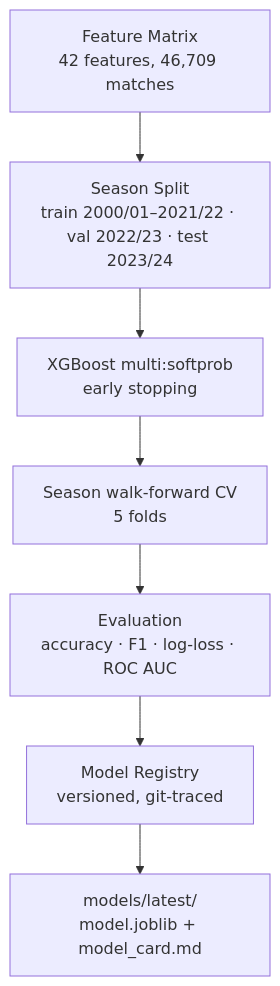
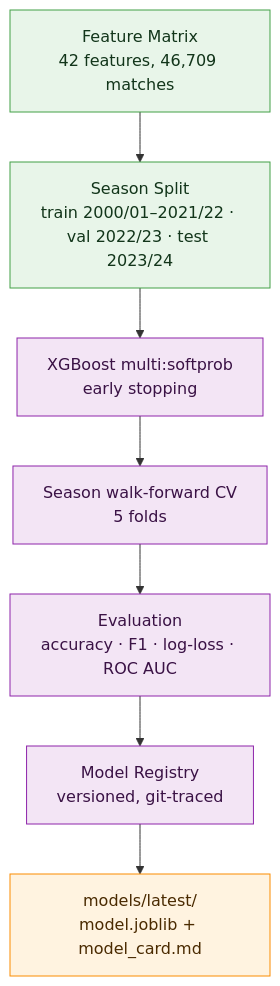
Before and after one commit to SumukhaK/football-intelligence-platform: the third of 6 diagrams in README.md, drawn with Mermaid. The commit also changed other lines of this file and 31 other files, not shown here.

First line of the commit message:
docs(docs): bring every readme up to date and colour the diagrams

````diff
--- a/README.md
+++ b/README.md
@@ -144,9 +163,16 @@
 ```mermaid
 flowchart TD
     A[Feature Matrix\n42 features, 46,709 matches] --> B[Season Split\ntrain 2000/01–2021/22 · val 2022/23 · test 2023/24]
     B --> C[XGBoost multi:softprob\nearly stopping]
     C --> D[Season walk-forward CV\n5 folds]
     D --> E[Evaluation\naccuracy · F1 · log-loss · ROC AUC]
     E --> F[Model Registry\nversioned, git-traced]
     F --> G[models/latest/\nmodel.joblib + model_card.md]
+
+    classDef data fill:#E8F5E9,stroke:#43A047,color:#12351A
+    classDef model fill:#F3E5F5,stroke:#8E24AA,color:#3A1245
+    classDef serve fill:#FFF3E0,stroke:#FB8C00,color:#4A2A00
+    class A,B data
+    class C,D,E,F model
+    class G serve
 ```
````
